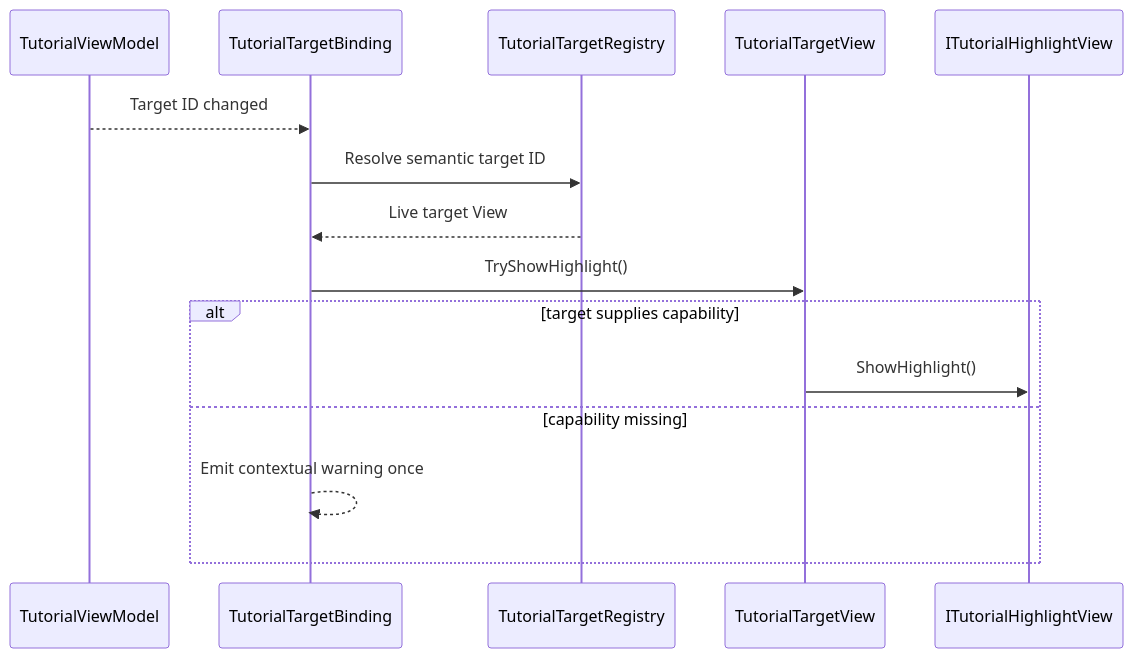
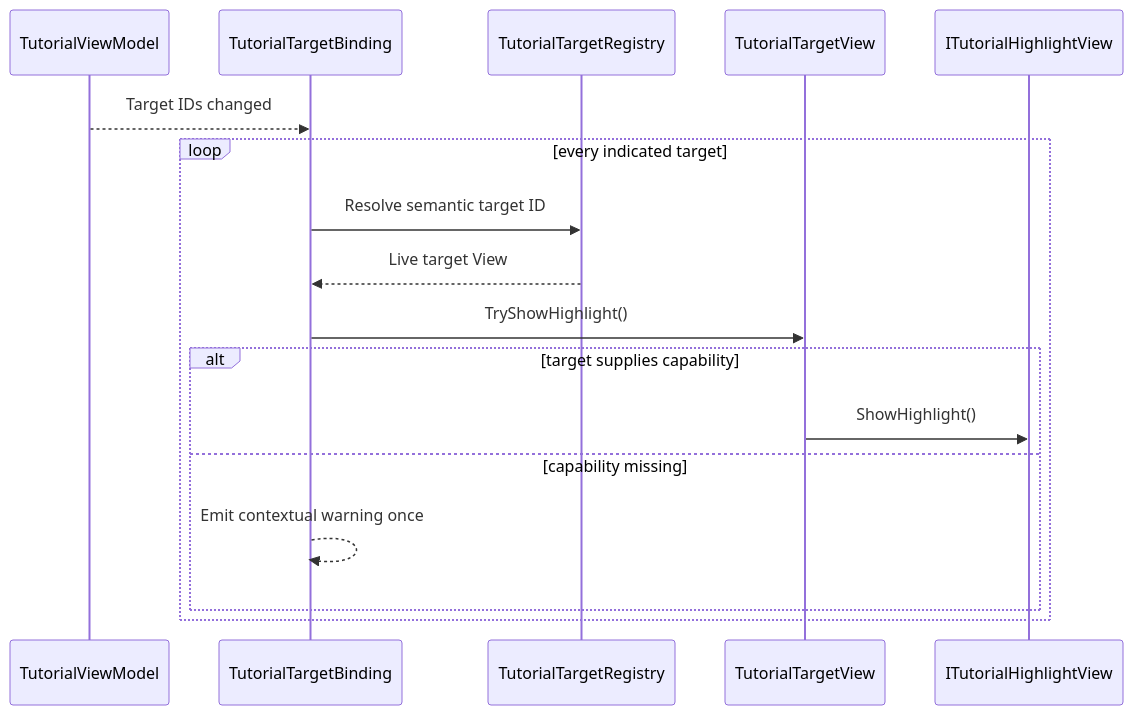
Before and after one commit to czeberesco/AMTutorialArchitecture: the sixth of 6 diagrams in README.md, drawn with Mermaid. The commit also changed other lines of this file and 41 other files, not shown here.

````diff
--- a/README.md
+++ b/README.md
@@ -204,18 +205,20 @@
 ```mermaid
 sequenceDiagram
     participant VM as TutorialViewModel
     participant Binding as TutorialTargetBinding
     participant Registry as TutorialTargetRegistry
     participant Target as TutorialTargetView
     participant Highlight as ITutorialHighlightView
 
-    VM-->>Binding: Target ID changed
-    Binding->>Registry: Resolve semantic target ID
-    Registry-->>Binding: Live target View
-    Binding->>Target: TryShowHighlight()
-    alt target supplies capability
-        Target->>Highlight: ShowHighlight()
-    else capability missing
-        Binding-->>Binding: Emit contextual warning once
+    VM-->>Binding: Target IDs changed
+    loop every indicated target
+        Binding->>Registry: Resolve semantic target ID
+        Registry-->>Binding: Live target View
+        Binding->>Target: TryShowHighlight()
+        alt target supplies capability
+            Target->>Highlight: ShowHighlight()
+        else capability missing
+            Binding-->>Binding: Emit contextual warning once
+        end
     end
 ```
````
